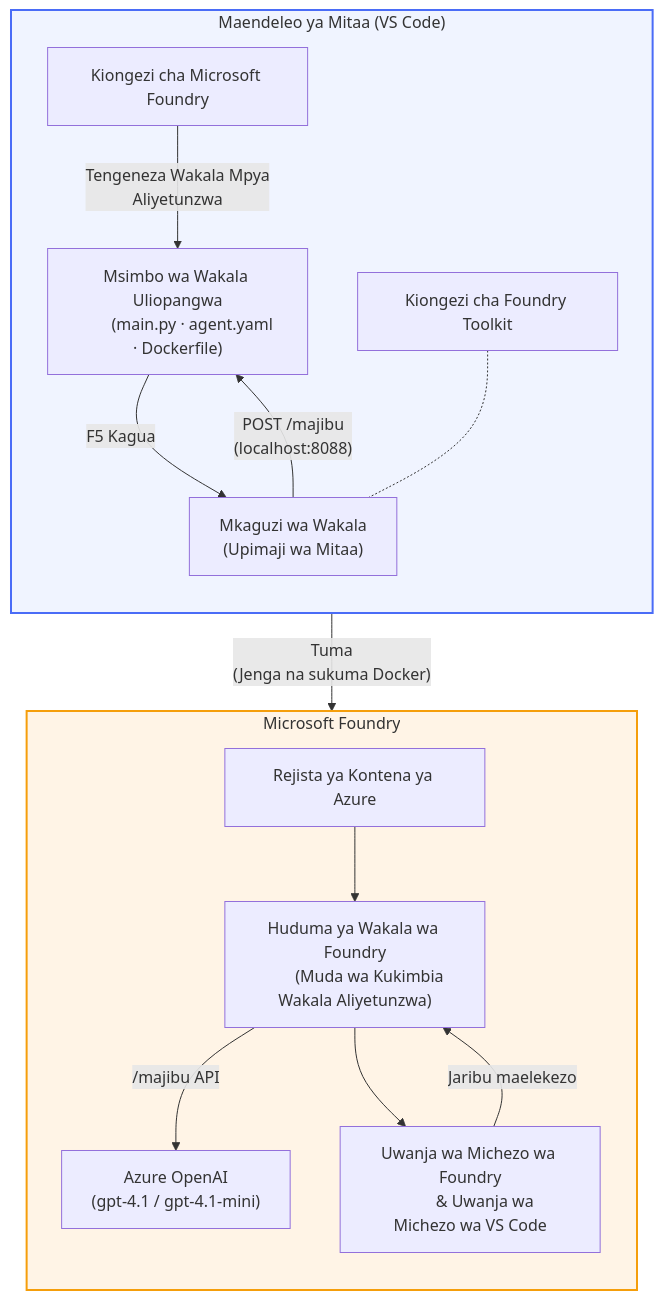
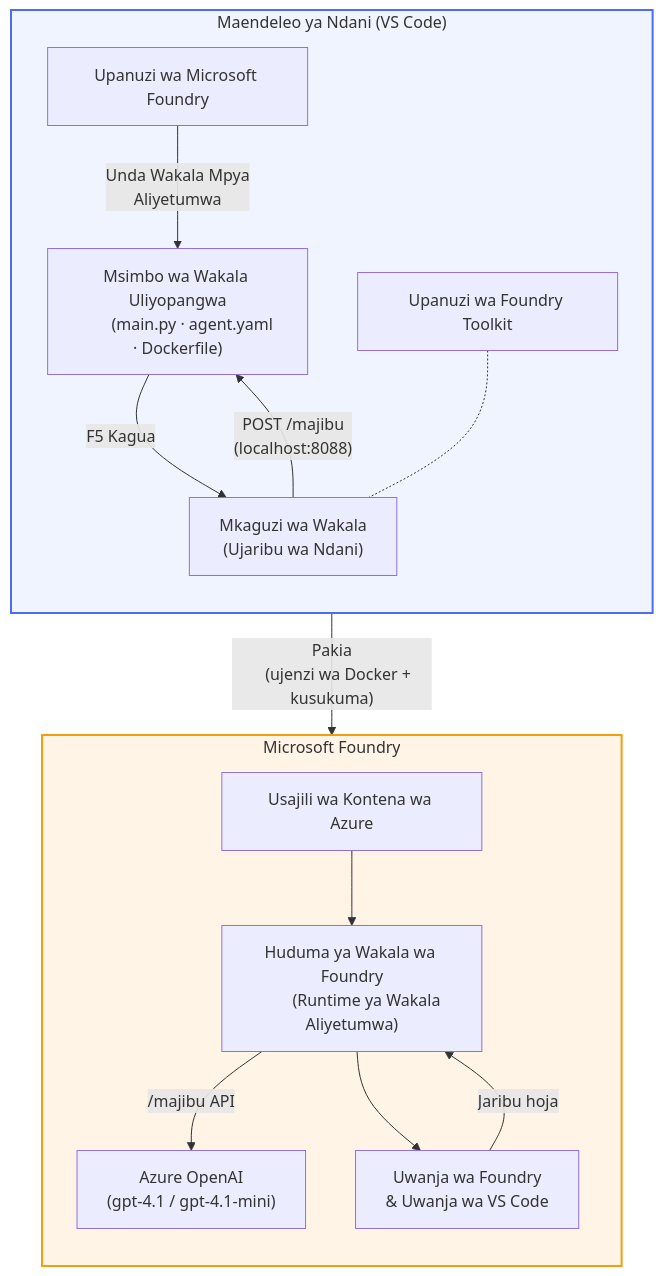
One commit to microsoft-foundry/Foundry_Toolkit_for_VSCode_Lab changed the diagram in translations/sw/README.md. Above: the diagram before and after it, drawn with Mermaid. The commit also changed other lines of this file and 110 other files, not shown here.

````diff
--- a/translations/sw/README.md
+++ b/translations/sw/README.md
@@ -48,39 +52,39 @@
 ```mermaid
 flowchart TB
-    subgraph Local["Maendeleo ya Mitaa (VS Code)"]
+    subgraph Local["Maendeleo ya Ndani (VS Code)"]
         direction TB
-        FE["Kiongezi cha Microsoft Foundry"]
-        FoundryToolkit["Kiongezi cha Foundry Toolkit"]
-        Scaffold["Msimbo wa Wakala Uliopangwa
+        FE["Upanuzi wa Microsoft Foundry"]
+        FoundryToolkit["Upanuzi wa Foundry Toolkit"]
+        Scaffold["Msimbo wa Wakala Uliyopangwa
         (main.py · agent.yaml · Dockerfile)"]
         Inspector["Mkaguzi wa Wakala
-        (Upimaji wa Mitaa)"]
-        FE -- "Tengeneza Wakala Mpya
-        Aliyetunzwa" --> Scaffold
+        (Ujaribu wa Ndani)"]
+        FE -- "Unda Wakala Mpya
+        Aliyetumwa" --> Scaffold
         Scaffold -- "F5 Kagua" --> Inspector
         FoundryToolkit -.- Inspector
     end
 
     subgraph Cloud["Microsoft Foundry"]
         direction TB
-        ACR["Rejista ya Kontena ya Azure"]
+        ACR["Usajili wa Kontena wa Azure"]
         AgentService["Huduma ya Wakala wa Foundry
-        (Muda wa Kukimbia Wakala Aliyetunzwa)"]
+        (Runtime ya Wakala Aliyetumwa)"]
         Model["Azure OpenAI
         (gpt-4.1 / gpt-4.1-mini)"]
-        Playground["Uwanja wa Michezo wa Foundry
-        & Uwanja wa Michezo wa VS Code"]
+        Playground["Uwanja wa Foundry
+        & Uwanja wa VS Code"]
         ACR --> AgentService
         AgentService -- "/majibu API" --> Model
         AgentService --> Playground
     end
 
-    Scaffold -- "Tuma
-    (Jenga na sukuma Docker)" --> ACR
+    Scaffold -- "Pakia
+    (ujenzi wa Docker + kusukuma)" --> ACR
     Inspector -- "POST /majibu
     (localhost:8088)" --> Scaffold
-    Playground -- "Jaribu maelekezo" --> AgentService
+    Playground -- "Jaribu hoja" --> AgentService
 
     style Local fill:#f0f4ff,stroke:#4a6cf7,stroke-width:2px
     style Cloud fill:#fff4e6,stroke:#f59e0b,stroke-width:2px
 ```
````
